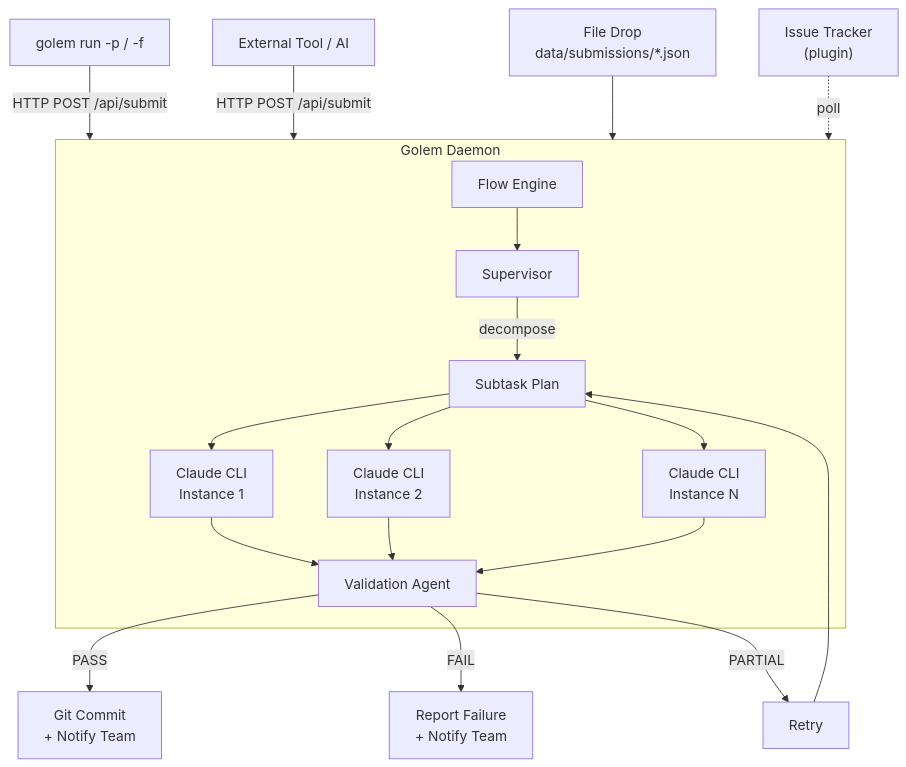
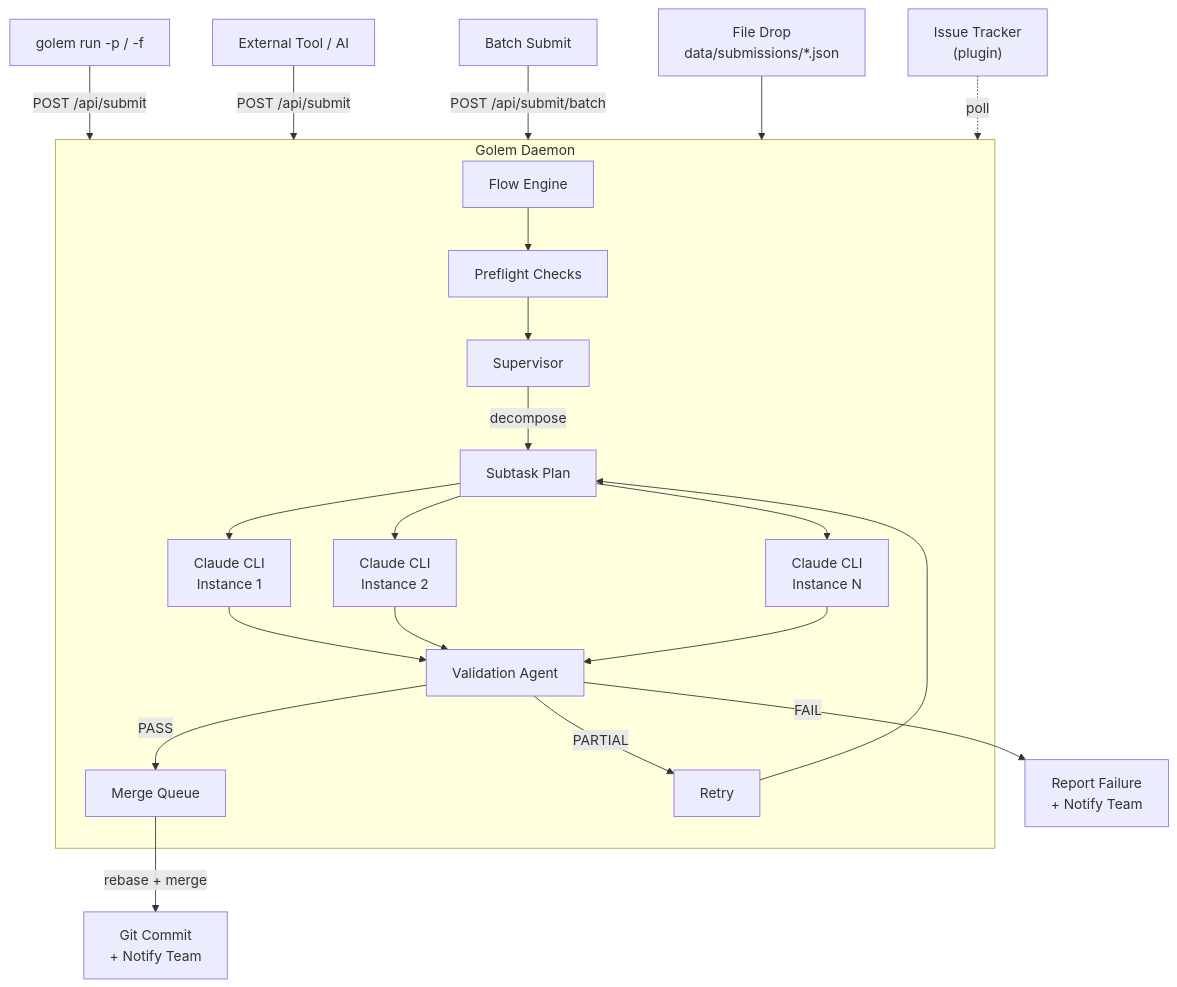
The first of 4 diagrams in README.md (itsmeboris/Golem), drawn with Mermaid before and after one commit. The commit also changed other lines of this file, not shown here.

First line of the commit message:
Update README diagrams to reflect current architecture

````diff
--- a/README.md
+++ b/README.md
@@ -102,25 +102,29 @@
 ```mermaid
 flowchart TB
-    cli["golem run -p / -f"] -- "HTTP POST /api/submit" --> daemon
-    api["External Tool / AI"] -- "HTTP POST /api/submit" --> daemon
+    cli["golem run -p / -f"] -- "POST /api/submit" --> daemon
+    api["External Tool / AI"] -- "POST /api/submit" --> daemon
+    batch["Batch Submit"] -- "POST /api/submit/batch" --> daemon
     drop["File Drop<br/>data/submissions/*.json"] --> daemon
     tracker["Issue Tracker<br/>(plugin)"] -. "poll" .-> daemon
 
     subgraph daemon ["Golem Daemon"]
-        flow["Flow Engine"] --> super["Supervisor"]
+        flow["Flow Engine"] --> preflight["Preflight Checks"]
+        preflight --> super["Supervisor"]
         super -- "decompose" --> plan["Subtask Plan"]
 
         plan --> claude1["Claude CLI<br/>Instance 1"]
         plan --> claude2["Claude CLI<br/>Instance 2"]
         plan --> claude3["Claude CLI<br/>Instance N"]
 
         claude1 --> val["Validation Agent"]
         claude2 --> val
         claude3 --> val
+
+        val -- PASS --> mq["Merge Queue"]
+        val -- PARTIAL --> retry["Retry"]
+        retry --> plan
     end
 
-    val -- PASS --> commit["Git Commit<br/>+ Notify Team"]
+    mq -- "rebase + merge" --> commit["Git Commit<br/>+ Notify Team"]
     val -- FAIL --> report["Report Failure<br/>+ Notify Team"]
-    val -- PARTIAL --> retry["Retry"]
-    retry --> plan
 ```
````
